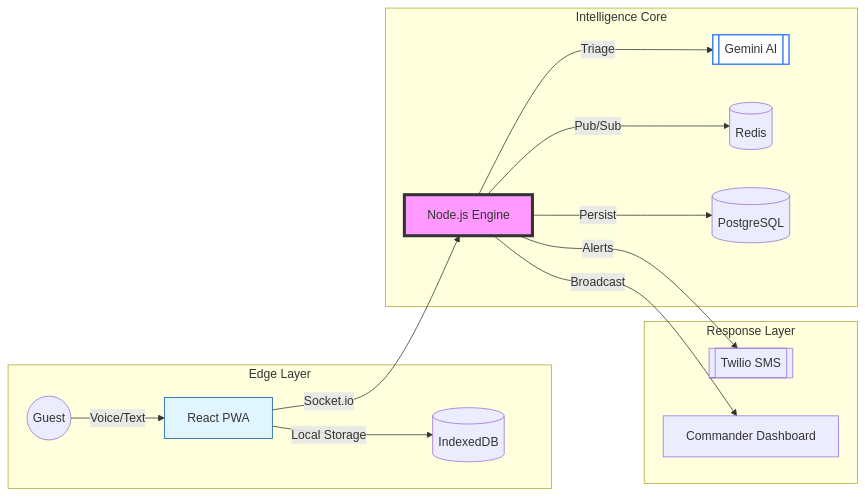
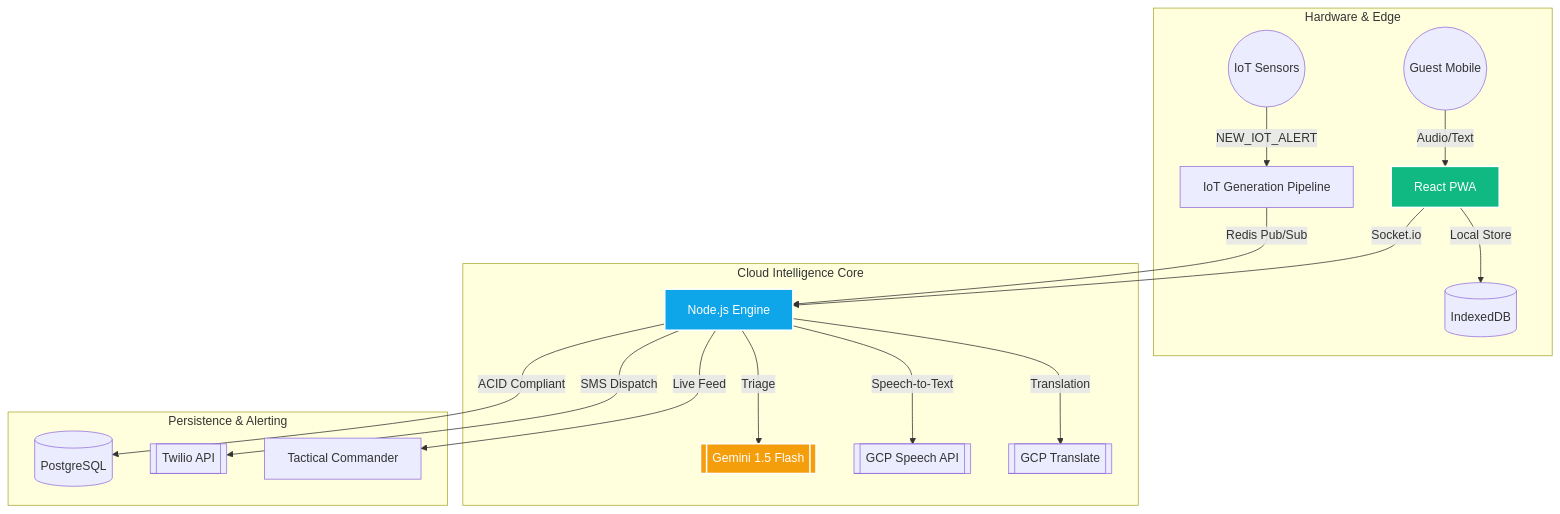
Before and after one commit to Praveen-kumar625/Rapid-Crisis-Response: the diagram in README.md, drawn with Mermaid. The commit also changed other lines of this file, not shown here.

````diff
--- a/README.md
+++ b/README.md
@@ -60,23 +51,26 @@
 ```mermaid
-graph LR
-    subgraph "Edge Layer"
-        User((Guest)) -- Voice/Text --> PWA[React PWA]
-        PWA -- Local Storage --> IDB[(IndexedDB)]
+graph TD
+    subgraph "Hardware & Edge"
+        Sensors((IoT Sensors)) -- "NEW_IOT_ALERT" --> Worker[IoT Generation Pipeline]
+        Guest((Guest Mobile)) -- "Audio/Text" --> PWA[React PWA]
+        PWA -- "Local Store" --> IDB[(IndexedDB)]
     end
 
-    subgraph "Intelligence Core"
-        PWA -- Socket.io --> API[Node.js Engine]
-        API -- Triage --> Gemini[[Gemini AI]]
-        API -- Pub/Sub --> Redis[(Redis)]
-        API -- Persist --> DB[(PostgreSQL)]
+    subgraph "Cloud Intelligence Core"
+        PWA -- "Socket.io" --> Server[Node.js Engine]
+        Worker -- "Redis Pub/Sub" --> Server
+        Server -- "Triage" --> Gemini[[Gemini 1.5 Flash]]
+        Server -- "Speech-to-Text" --> GCloud[[GCP Speech API]]
+        Server -- "Translation" --> GTrans[[GCP Translate]]
     end
 
-    subgraph "Response Layer"
-        API -- Alerts --> Twilio[[Twilio SMS]]
-        API -- Broadcast --> Dashboard[Commander Dashboard]
+    subgraph "Persistence & Alerting"
+        Server -- "ACID Compliant" --> DB[(PostgreSQL)]
+        Server -- "SMS Dispatch" --> Twilio[[Twilio API]]
+        Server -- "Live Feed" --> Dashboard[Tactical Commander]
     end
 
-    style API fill:#f9f,stroke:#333,stroke-width:4px
-    style Gemini fill:#fff,stroke:#4285F4,stroke-width:2px
-    style PWA fill:#e1f5fe,stroke:#01579b
+    style Server fill:#0ea5e9,stroke:#fff,stroke-width:2px,color:#fff
+    style Gemini fill:#f59e0b,stroke:#fff,stroke-width:2px,color:#fff
+    style PWA fill:#10b981,stroke:#fff,stroke-width:2px,color:#fff
 ```
````
